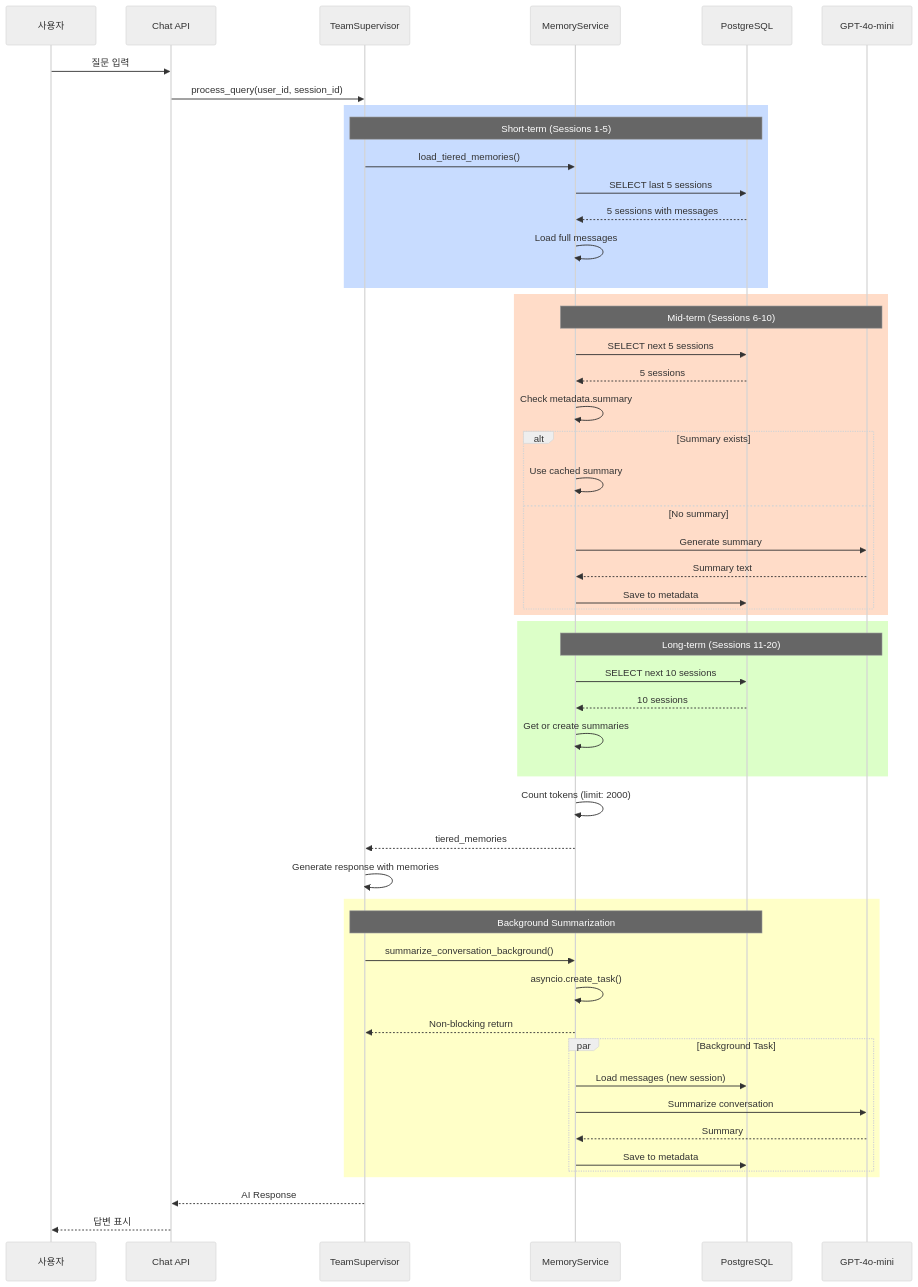
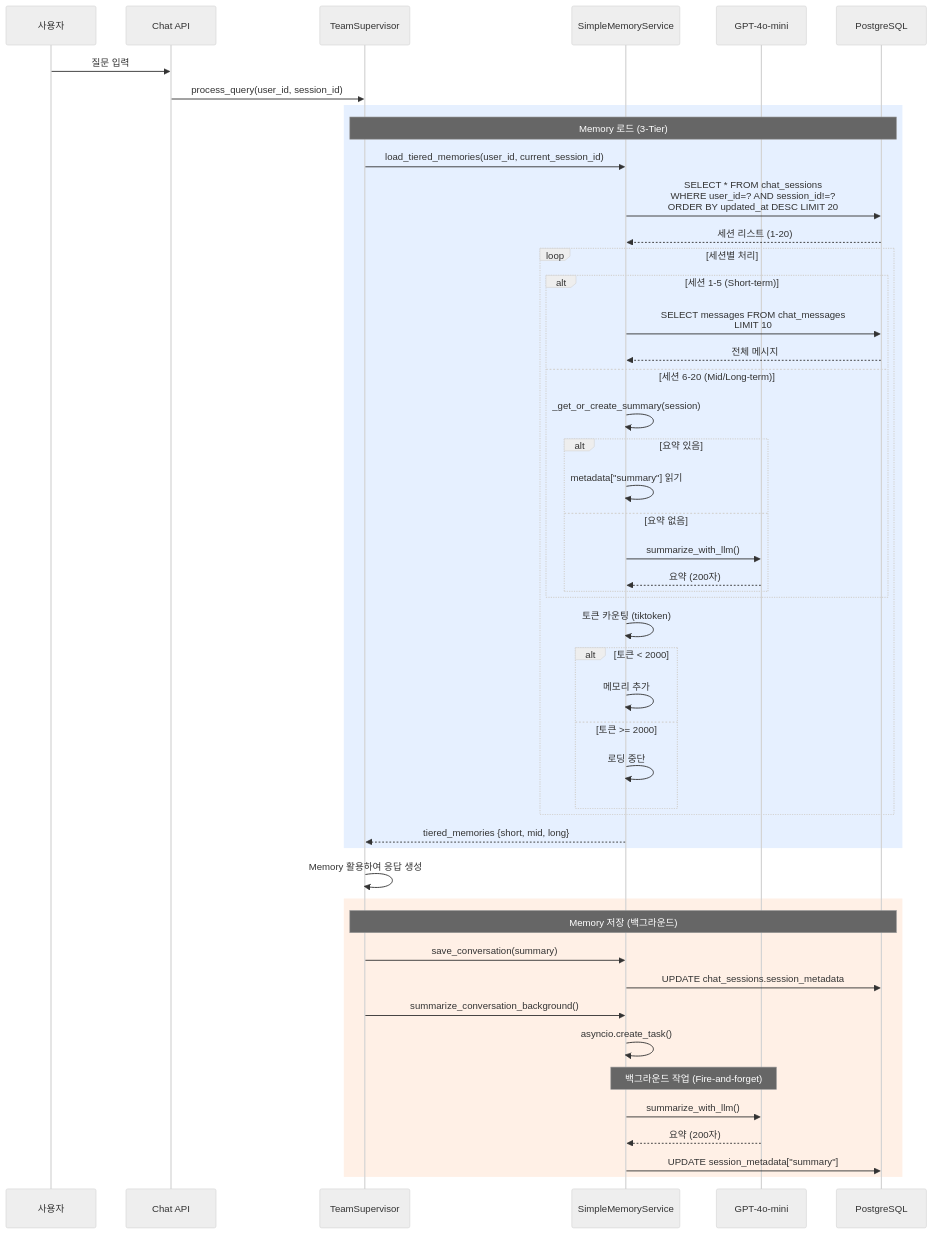
One commit to seunghak-kim/hny-project changed the second of 2 diagrams in Manual/MEMORY_CONFIGURATION_GUIDE.md. Above: the diagram before and after it, drawn with Mermaid (neutral theme). The commit also changed other lines of this file and 22 other files, not shown here.

````diff
--- a/Manual/MEMORY_CONFIGURATION_GUIDE.md
+++ b/Manual/MEMORY_CONFIGURATION_GUIDE.md
@@ -101,62 +102,58 @@
 ```mermaid
 sequenceDiagram
     participant U as 사용자
     participant API as Chat API
     participant S as TeamSupervisor
-    participant M as MemoryService
+    participant M as SimpleMemoryService
+    participant LLM as GPT-4o-mini
     participant DB as PostgreSQL
-    participant LLM as GPT-4o-mini
 
     U->>API: 질문 입력
     API->>S: process_query(user_id, session_id)
 
-    rect rgb(200, 220, 255)
-    Note over S,DB: Short-term (Sessions 1-5)
-    S->>M: load_tiered_memories()
-    M->>DB: SELECT last 5 sessions
-    DB-->>M: 5 sessions with messages
-    M->>M: Load full messages
+    rect rgb(230, 240, 255)
+        Note over S,DB: Memory 로드 (3-Tier)
+        S->>M: load_tiered_memories(user_id, current_session_id)
+        M->>DB: SELECT * FROM chat_sessions<br/>WHERE user_id=? AND session_id!=?<br/>ORDER BY updated_at DESC LIMIT 20
+        DB-->>M: 세션 리스트 (1-20)
+
+        loop 세션별 처리
+            alt 세션 1-5 (Short-term)
+                M->>DB: SELECT messages FROM chat_messages<br/>LIMIT 10
+                DB-->>M: 전체 메시지
+            else 세션 6-20 (Mid/Long-term)
+                M->>M: _get_or_create_summary(session)
+                alt 요약 있음
+                    M->>M: metadata["summary"] 읽기
+                else 요약 없음
+                    M->>LLM: summarize_with_llm()
+                    LLM-->>M: 요약 (200자)
+                end
+            end
+
+            M->>M: 토큰 카운팅 (tiktoken)
+            alt 토큰 < 2000
+                M->>M: 메모리 추가
+            else 토큰 >= 2000
+                M->>M: 로딩 중단
+            end
+        end
+
+        M-->>S: tiered_memories {short, mid, long}
     end
 
-    rect rgb(255, 220, 200)
-    Note over M,LLM: Mid-term (Sessions 6-10)
-    M->>DB: SELECT next 5 sessions
-    DB-->>M: 5 sessions
-    M->>M: Check metadata.summary
-    alt Summary exists
-        M->>M: Use cached summary
-    else No summary
-        M->>LLM: Generate summary
-        LLM-->>M: Summary text
-        M->>DB: Save to metadata
+    S->>S: Memory 활용하여 응답 생성
+
+    rect rgb(255, 240, 230)
+        Note over S,DB: Memory 저장 (백그라운드)
+        S->>M: save_conversation(summary)
+        M->>DB: UPDATE chat_sessions.session_metadata
+
+        S->>M: summarize_conversation_background()
+        M->>M: asyncio.create_task()
+        Note over M,LLM: 백그라운드 작업 (Fire-and-forget)
+        M->>LLM: summarize_with_llm()
+        LLM-->>M: 요약 (200자)
+        M->>DB: UPDATE session_metadata["summary"]
     end
-    end
-
-    rect rgb(220, 255, 200)
-    Note over M,LLM: Long-term (Sessions 11-20)
-    M->>DB: SELECT next 10 sessions
-    DB-->>M: 10 sessions
-    M->>M: Get or create summaries
-    end
-
-    M->>M: Count tokens (limit: 2000)
-    M-->>S: tiered_memories
-    S->>S: Generate response with memories
-
-    rect rgb(255, 255, 200)
-    Note over S,DB: Background Summarization
-    S->>M: summarize_conversation_background()
-    M->>M: asyncio.create_task()
-    M-->>S: Non-blocking return
-
-    par Background Task
-        M->>DB: Load messages (new session)
-        M->>LLM: Summarize conversation
-        LLM-->>M: Summary
-        M->>DB: Save to metadata
-    end
-    end
-
-    S-->>API: AI Response
-    API-->>U: 답변 표시
 ```
````
